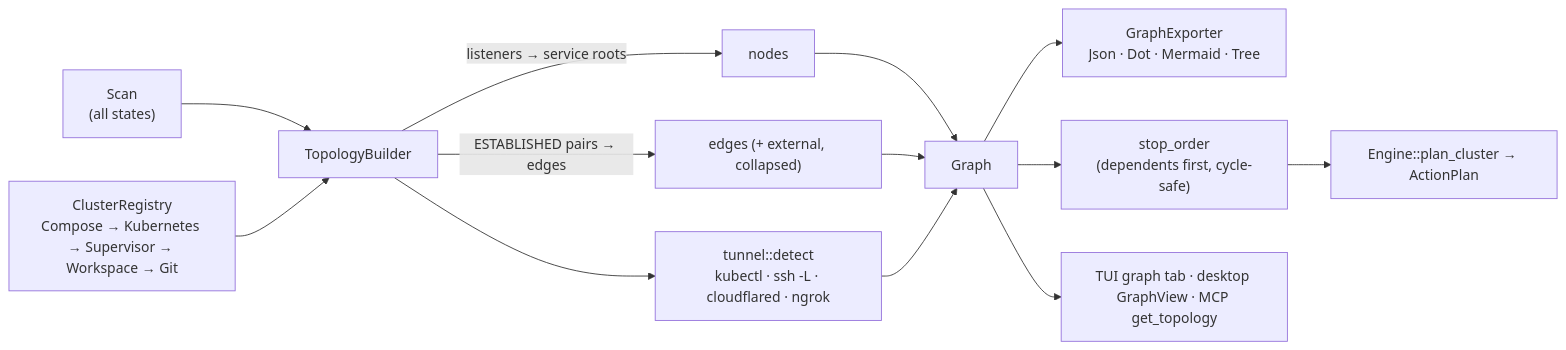
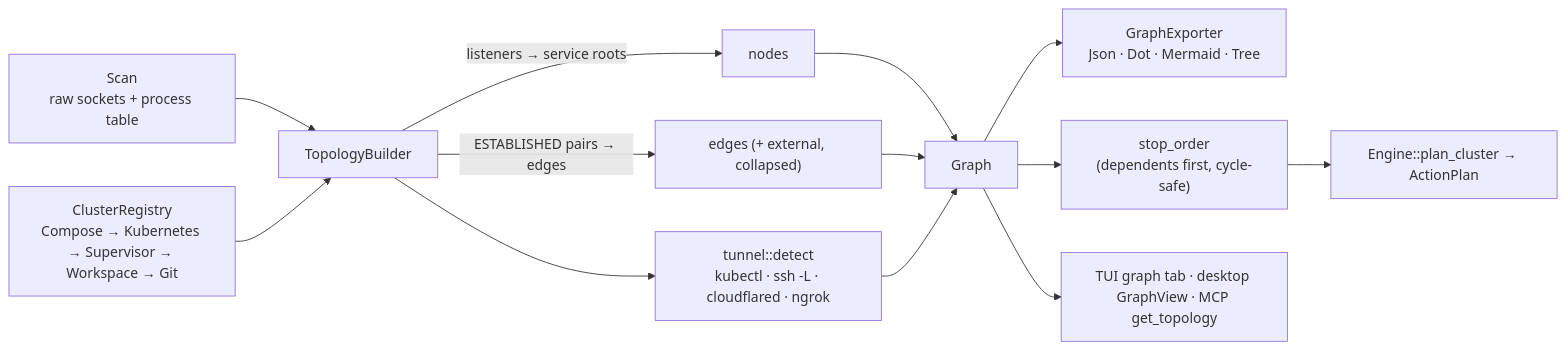
One commit to santoshshinde2012/holdmap changed the fourth of 6 diagrams in docs/architecture.md. Above: the diagram before and after it, drawn with Mermaid. The commit also changed other lines of this file and 99 other files, not shown here.

````diff
--- a/docs/architecture.md
+++ b/docs/architecture.md
@@ -158,13 +122,13 @@
 ```mermaid
 flowchart LR
-  SNAP["Scan<br/>(all states)"] --> TB["TopologyBuilder"]
+  SNAP["Scan<br/>raw sockets + process table"] --> TB["TopologyBuilder"]
   TB -->|"listeners → service roots"| N["nodes"]
   TB -->|"ESTABLISHED pairs → edges"| ED["edges (+ external, collapsed)"]
   TB --> TUN["tunnel::detect<br/>kubectl · ssh -L · cloudflared · ngrok"]
   CR["ClusterRegistry<br/>Compose → Kubernetes → Supervisor → Workspace → Git"] --> TB
   N & ED & TUN --> G["Graph"]
   G --> EXP["GraphExporter<br/>Json · Dot · Mermaid · Tree"]
   G --> ORD["stop_order<br/>(dependents first, cycle-safe)"]
   ORD --> PC["Engine::plan_cluster → ActionPlan"]
   G --> UI["TUI graph tab · desktop GraphView · MCP get_topology"]
 ```
````
